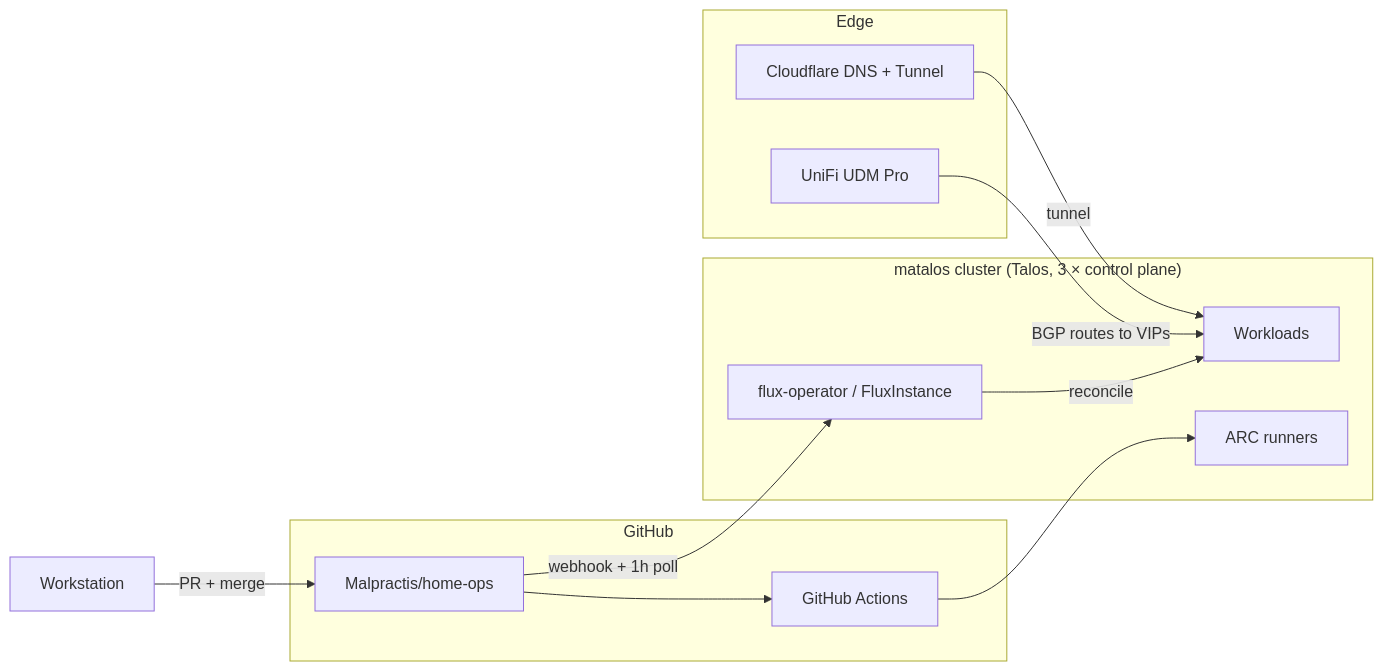
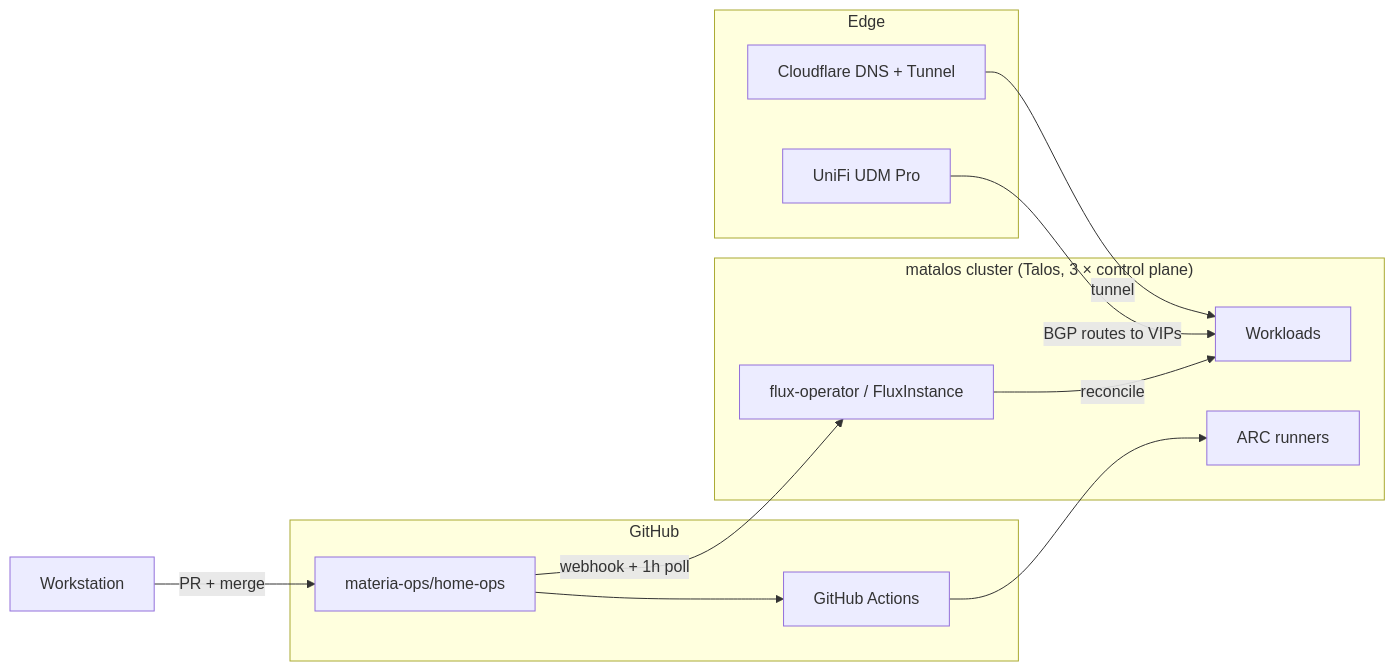
Before and after one commit to Malpractis/home-ops: the first of 3 diagrams in docs/architecture.md, drawn with Mermaid. The commit also changed 13 other files, not shown here.

First line of the commit message:
fix(azerothcore): cut the cluster over to materia-ops images, land the docs refresh (#1146)

````diff
--- a/docs/architecture.md
+++ b/docs/architecture.md
@@ -9,22 +9,22 @@
 ```mermaid
 flowchart LR
     subgraph GitHub
-        repo[Malpractis/home-ops]
+        repo[materia-ops/home-ops]
         actions[GitHub Actions]
     end
     subgraph Cluster["matalos cluster (Talos, 3 × control plane)"]
         flux[flux-operator / FluxInstance]
         apps[Workloads]
         arc[ARC runners]
     end
     subgraph Edge
         cf[Cloudflare DNS + Tunnel]
         udm[UniFi UDM Pro]
     end
     dev[Workstation] -->|PR + merge| repo
     repo -->|webhook + 1h poll| flux
     flux -->|reconcile| apps
     repo --> actions --> arc
     cf -->|tunnel| apps
     udm -->|BGP routes to VIPs| apps
 ```
````
